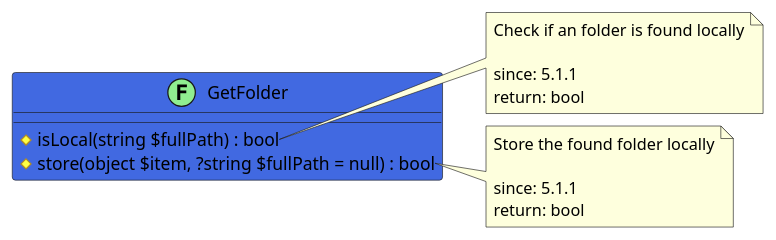
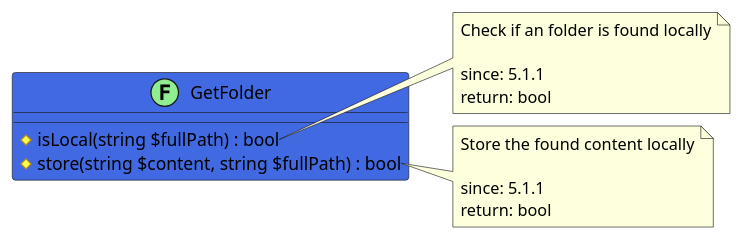
The diagram in src/cc1901e5-90ce-485a-87f9-5fc22ee6a4b6/README.md (joomengine/jcb-packager), drawn with PlantUML before and after one commit. The commit also changed 149 other files, not shown here.

````diff
--- a/src/cc1901e5-90ce-485a-87f9-5fc22ee6a4b6/README.md
+++ b/src/cc1901e5-90ce-485a-87f9-5fc22ee6a4b6/README.md
@@ -6,24 +6,24 @@
 ```uml
 @startuml
 
 class GetFolder << (F,LightGreen) >> #RoyalBlue {
   # isLocal(string $fullPath) : bool
-  # store(object $item, ?string $fullPath = null) : bool
+  # store(string $content, string $fullPath) : bool
 }
 
 note right of GetFolder::isLocal
   Check if an folder is found locally
 
   since: 5.1.1
   return: bool
 end note
 
 note right of GetFolder::store
-  Store the found folder locally
+  Store the found content locally
 
   since: 5.1.1
   return: bool
 end note
 
 @enduml
 ```
````
